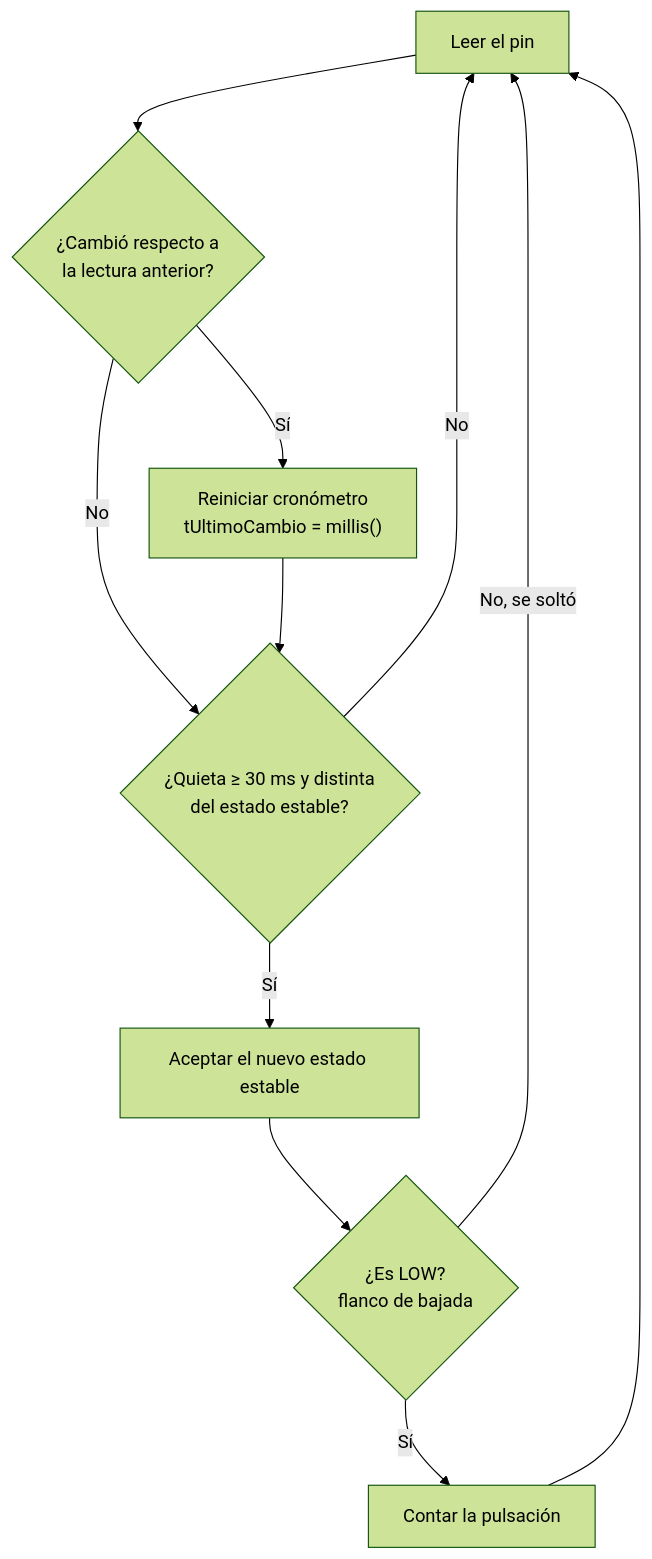
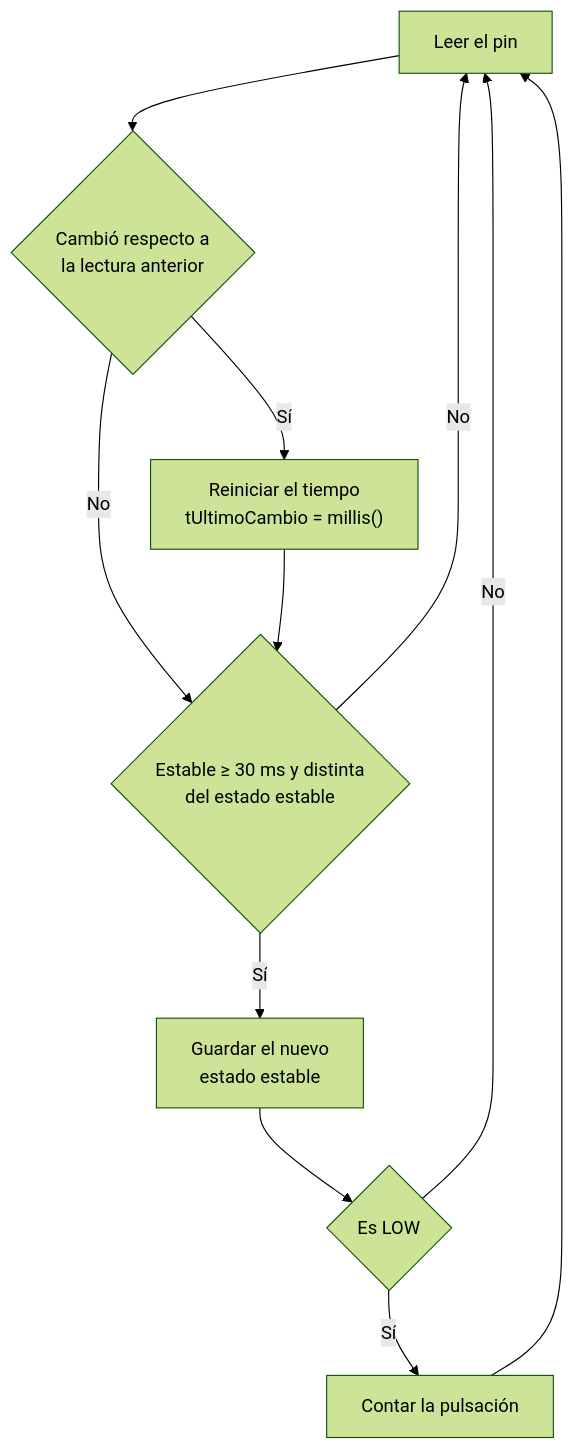
Before and after one commit to AlejandroTatum/sistemas-digitales-unl: the seventh of 8 diagrams in unidad-1/apuntes/04-tipos-tiempo-y-pulsadores.md, drawn with Mermaid (forest theme). The commit also changed other lines of this file and 16 other files, not shown here.

````diff
--- a/unidad-1/apuntes/04-tipos-tiempo-y-pulsadores.md
+++ b/unidad-1/apuntes/04-tipos-tiempo-y-pulsadores.md
@@ -228,13 +198,13 @@
 ```mermaid
 flowchart TD
-    A["Leer el pin"] --> B{"¿Cambió respecto a<br/>la lectura anterior?"}
-    B -->|Sí| C["Reiniciar cronómetro<br/>tUltimoCambio = millis()"]
+    A["Leer el pin"] --> B{"Cambió respecto a<br/>la lectura anterior"}
+    B -->|Sí| C["Reiniciar el tiempo<br/>tUltimoCambio = millis()"]
     B -->|No| D
-    C --> D{"¿Quieta ≥ 30 ms y distinta<br/>del estado estable?"}
+    C --> D{"Estable ≥ 30 ms y distinta<br/>del estado estable"}
     D -->|No| A
-    D -->|Sí| E["Aceptar el nuevo estado estable"]
-    E --> F{"¿Es LOW?<br/>flanco de bajada"}
+    D -->|Sí| E["Guardar el nuevo<br/>estado estable"]
+    E --> F{"Es LOW"}
     F -->|Sí| G["Contar la pulsación"]
-    F -->|No, se soltó| A
+    F -->|No| A
     G --> A
 ```
````
